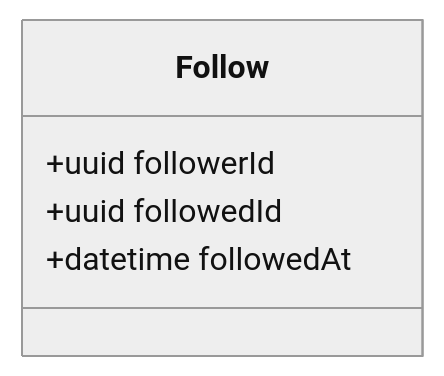
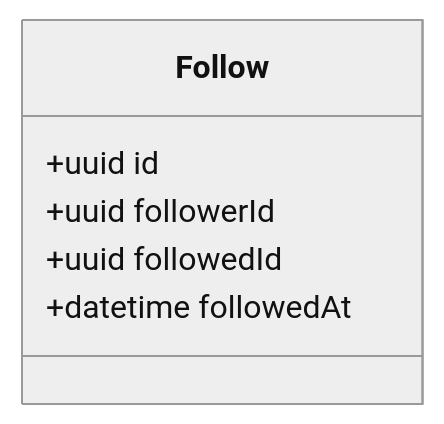
One commit to xshcoder/coo changed the fifth of 7 diagrams in poc/README.md. Above: the diagram before and after it, drawn with Mermaid (neutral theme). The commit also changed other lines of this file and 63 other files, not shown here.

````diff
--- a/poc/README.md
+++ b/poc/README.md
@@ -155,8 +155,9 @@
 ```mermaid
 classDiagram
     class Follow {
+        +uuid id
         +uuid followerId
         +uuid followedId
         +datetime followedAt
     }
 ```
````
